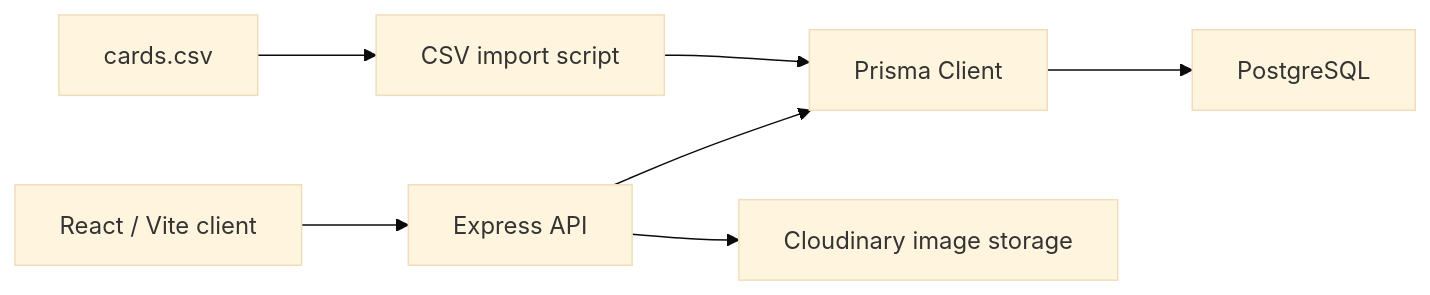
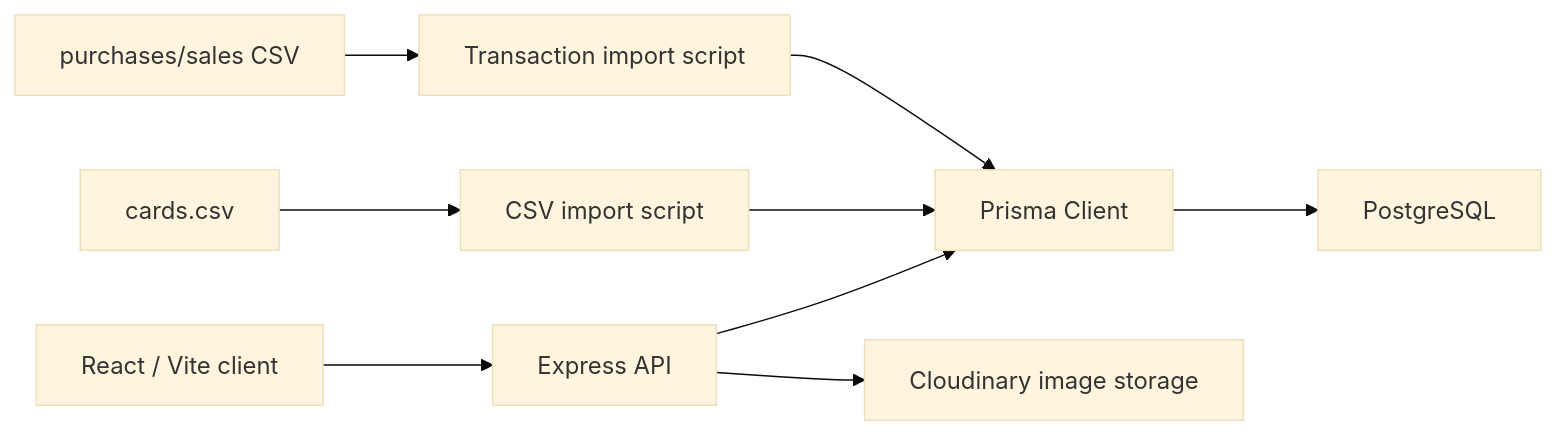
The diagram in README.md (jamesdoom/memorabiliaDB), drawn with Mermaid (base theme) before and after one commit. The commit also changed other lines of this file and 13 other files, not shown here.

Commit message:
Add seller transaction ledger foundation

````diff
--- a/README.md
+++ b/README.md
@@ -50,9 +52,11 @@
 ```mermaid
 flowchart LR
   Client["React / Vite client"] --> API["Express API"]
   API --> Prisma["Prisma Client"]
   Prisma --> DB["PostgreSQL"]
   API --> Cloudinary["Cloudinary image storage"]
   CSV["cards.csv"] --> Import["CSV import script"]
   Import --> Prisma
+  LedgerCSV["purchases/sales CSV"] --> LedgerImport["Transaction import script"]
+  LedgerImport --> Prisma
 ```
````
